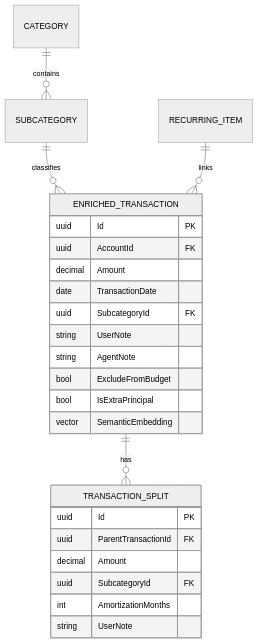
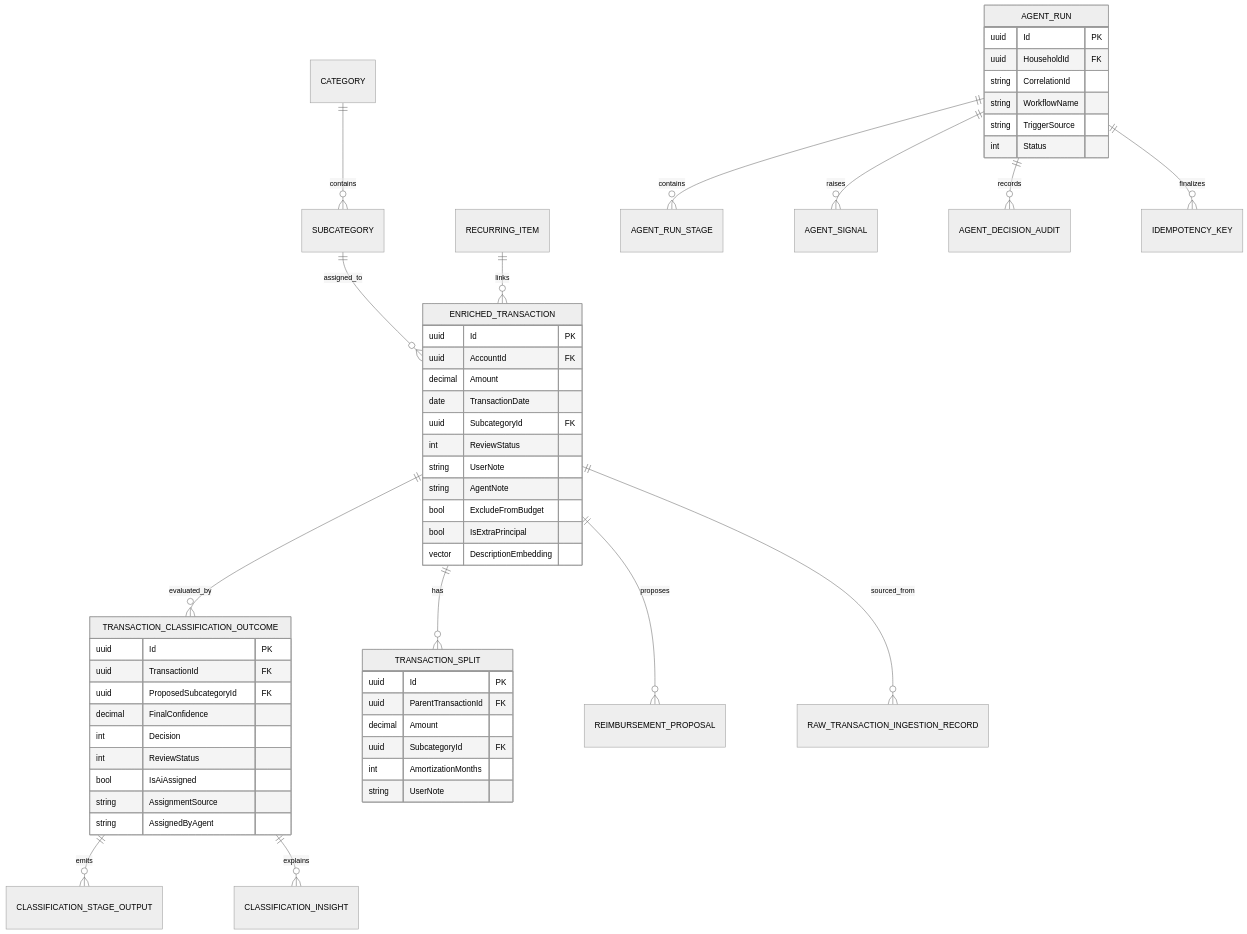
One commit to ChrisMcKee1/Mosaic-Money changed the diagram in docs/data-models/ledger-core-model.md. Above: the diagram before and after it, drawn with Mermaid (neutral theme). The commit also changed other lines of this file and 64 other files, not shown here.

````diff
--- a/docs/data-models/ledger-core-model.md
+++ b/docs/data-models/ledger-core-model.md
@@ -15,29 +20,60 @@
 ```mermaid
 erDiagram
     CATEGORY ||--o{ SUBCATEGORY : contains
-    SUBCATEGORY ||--o{ ENRICHED_TRANSACTION : classifies
+    SUBCATEGORY ||--o{ ENRICHED_TRANSACTION : assigned_to
+    ENRICHED_TRANSACTION ||--o{ TRANSACTION_CLASSIFICATION_OUTCOME : evaluated_by
+    TRANSACTION_CLASSIFICATION_OUTCOME ||--o{ CLASSIFICATION_STAGE_OUTPUT : emits
+    TRANSACTION_CLASSIFICATION_OUTCOME ||--o{ CLASSIFICATION_INSIGHT : explains
     ENRICHED_TRANSACTION ||--o{ TRANSACTION_SPLIT : has
     RECURRING_ITEM ||--o{ ENRICHED_TRANSACTION : links
+    ENRICHED_TRANSACTION ||--o{ REIMBURSEMENT_PROPOSAL : proposes
+    ENRICHED_TRANSACTION ||--o{ RAW_TRANSACTION_INGESTION_RECORD : sourced_from
+    AGENT_RUN ||--o{ AGENT_RUN_STAGE : contains
+    AGENT_RUN ||--o{ AGENT_SIGNAL : raises
+    AGENT_RUN ||--o{ AGENT_DECISION_AUDIT : records
+    AGENT_RUN ||--o{ IDEMPOTENCY_KEY : finalizes
 
     ENRICHED_TRANSACTION {
         uuid Id PK
         uuid AccountId FK
         decimal Amount
         date TransactionDate
         uuid SubcategoryId FK
+        int ReviewStatus
         string UserNote
         string AgentNote
         bool ExcludeFromBudget
         bool IsExtraPrincipal
-        vector SemanticEmbedding
+        vector DescriptionEmbedding
     }
 
     TRANSACTION_SPLIT {
         uuid Id PK
         uuid ParentTransactionId FK
         decimal Amount
         uuid SubcategoryId FK
         int AmortizationMonths
         string UserNote
     }
+
+    TRANSACTION_CLASSIFICATION_OUTCOME {
+        uuid Id PK
+        uuid TransactionId FK
+        uuid ProposedSubcategoryId FK
+        decimal FinalConfidence
+        int Decision
+        int ReviewStatus
+        bool IsAiAssigned
+        string AssignmentSource
+        string AssignedByAgent
+    }
+
+    AGENT_RUN {
+        uuid Id PK
+        uuid HouseholdId FK
+        string CorrelationId
+        string WorkflowName
+        string TriggerSource
+        int Status
+    }
 ```
````
